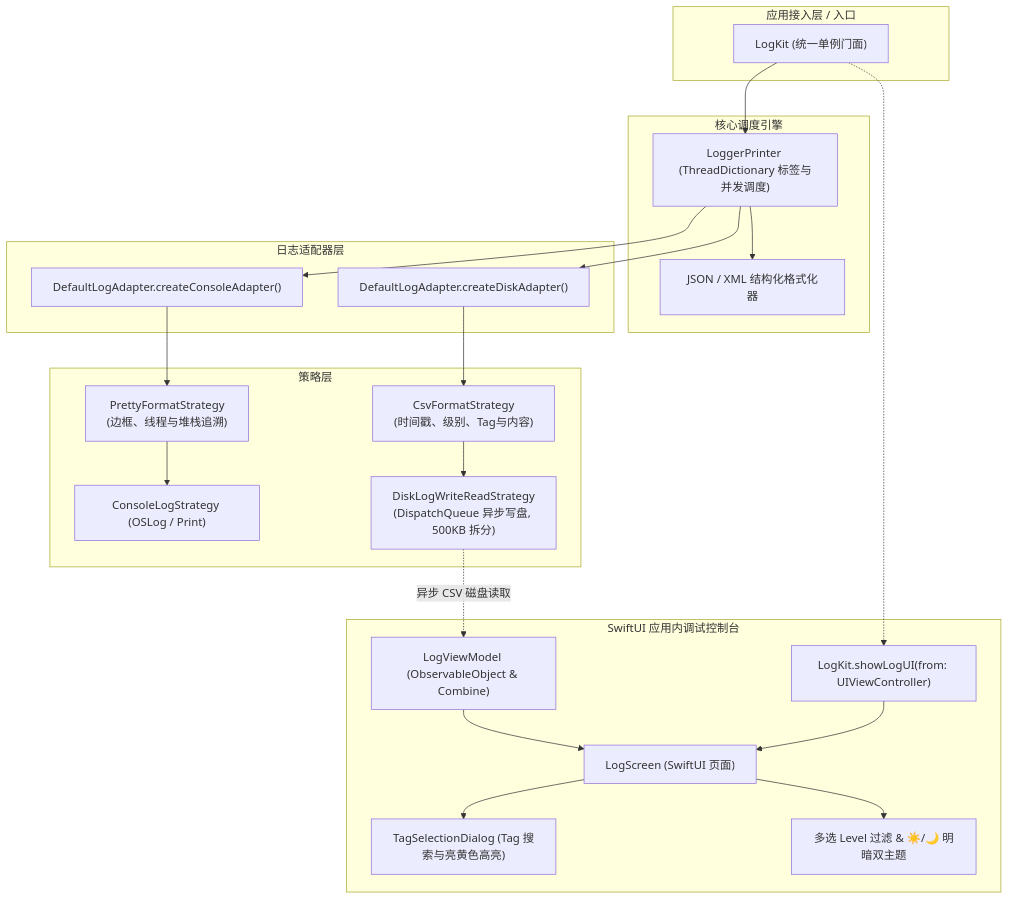
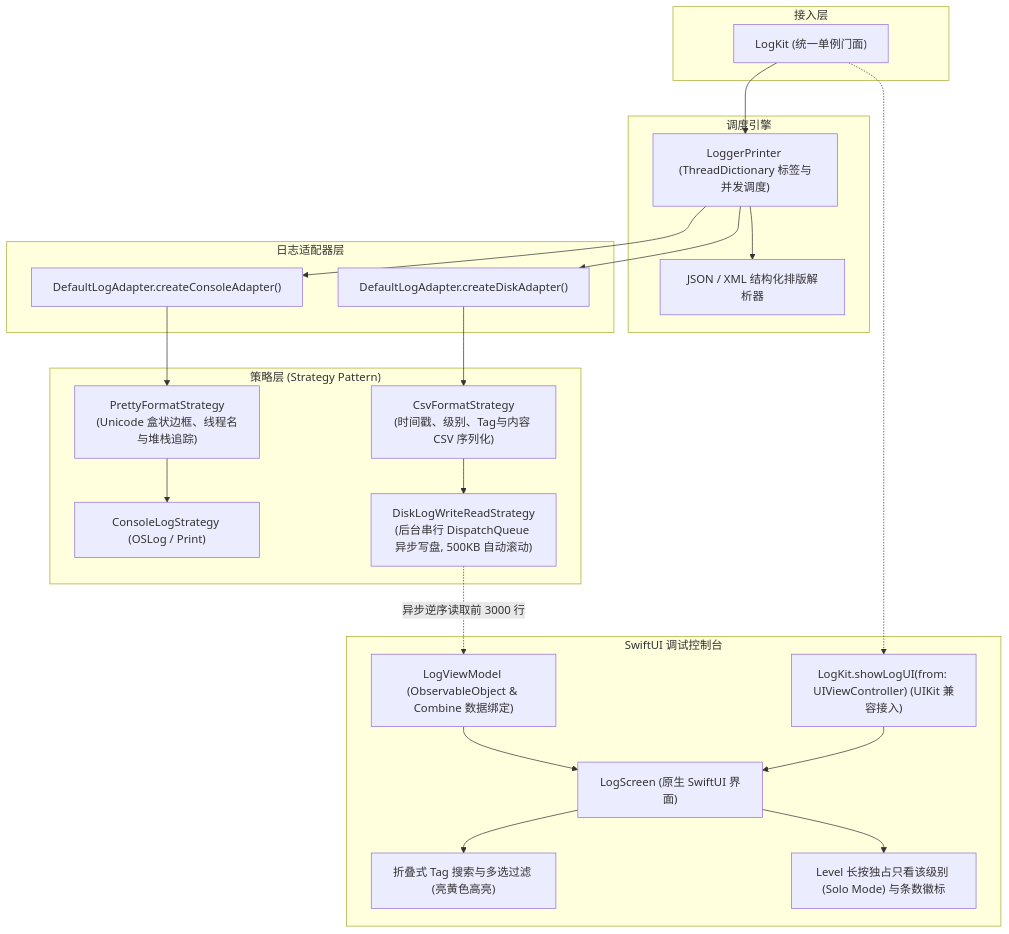
One commit to e-hai/LogKit-iOS changed the diagram in README.md. Above: the diagram before and after it, drawn with Mermaid. The commit also changed other lines of this file and 1 other file, not shown here.

````diff
--- a/README.md
+++ b/README.md
@@ -22,46 +22,46 @@
 ```mermaid
 graph TD
-    subgraph App ["应用接入层 / 入口"]
+    subgraph App ["接入层"]
         A1["LogKit (统一单例门面)"]
     end
 
-    subgraph Core ["核心调度引擎"]
+    subgraph Core ["调度引擎"]
         B["LoggerPrinter (ThreadDictionary 标签与并发调度)"]
-        B1["JSON / XML 结构化格式化器"]
+        B1["JSON / XML 结构化排版解析器"]
     end
 
     subgraph Adapters ["日志适配器层"]
         C1["DefaultLogAdapter.createConsoleAdapter()"]
         C2["DefaultLogAdapter.createDiskAdapter()"]
     end
 
-    subgraph Strategies ["策略层"]
-        D1["PrettyFormatStrategy\n(边框、线程与堆栈追溯)"]
-        D2["CsvFormatStrategy\n(时间戳、级别、Tag与内容)"]
+    subgraph Strategies ["策略层 (Strategy Pattern)"]
+        D1["PrettyFormatStrategy\n(Unicode 盒状边框、线程名与堆栈追踪)"]
+        D2["CsvFormatStrategy\n(时间戳、级别、Tag与内容 CSV 序列化)"]
         E1["ConsoleLogStrategy (OSLog / Print)"]
-        E2["DiskLogWriteReadStrategy\n(DispatchQueue 异步写盘, 500KB 拆分)"]
+        E2["DiskLogWriteReadStrategy\n(后台串行 DispatchQueue 异步写盘, 500KB 自动滚动)"]
     end
 
-    subgraph UI ["SwiftUI 应用内调试控制台"]
-        F1["LogScreen (SwiftUI 页面)"]
-        F2["LogViewModel (ObservableObject & Combine)"]
-        F3["TagSelectionDialog (Tag 搜索与亮黄色高亮)"]
-        F4["多选 Level 过滤 & ☀️/🌙 明暗双主题"]
-        F5["LogKit.showLogUI(from: UIViewController)"]
+    subgraph UI ["SwiftUI 调试控制台"]
+        F1["LogScreen (原生 SwiftUI 界面)"]
+        F2["LogViewModel (ObservableObject & Combine 数据绑定)"]
+        F3["折叠式 Tag 搜索与多选过滤 (亮黄色高亮)"]
+        F4["Level 长按独占只看该级别 (Solo Mode) 与条数徽标"]
+        F5["LogKit.showLogUI(from: UIViewController) (UIKit 兼容接入)"]
     end
 
     A1 --> B
     B --> B1
     B --> C1
     B --> C2
     C1 --> D1
     C2 --> D2
     D1 --> E1
     D2 --> E2
-    E2 -.->|异步 CSV 磁盘读取| F2
+    E2 -.->|异步逆序读取前 3000 行| F2
     F2 --> F1
     F1 --> F3
     F1 --> F4
     A1 -.-> F5
     F5 --> F1
 ```
````
